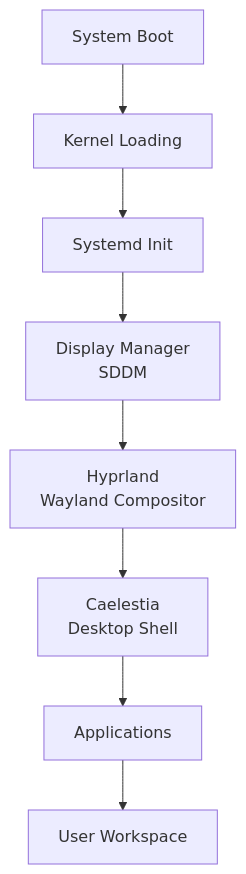
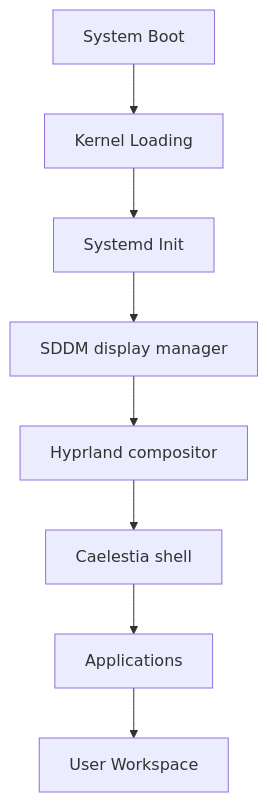
The second of 13 diagrams in Map of Content.md (444Nazky/My-Vault), drawn with Mermaid before and after one commit. The commit also changed other lines of this file and 8 other files, not shown here.

````diff
--- a/Map of Content.md
+++ b/Map of Content.md
@@ -67,10 +67,10 @@
 ```mermaid
 graph TD
     A[System Boot] --> B[Kernel Loading]
     B --> C[Systemd Init]
-    C --> D[Display Manager<br/>SDDM]
-    D --> E[Hyprland<br/>Wayland Compositor]
-    E --> F[Caelestia<br/>Desktop Shell]
+    C --> D["SDDM display manager"]
+    D --> E["Hyprland compositor"]
+    E --> F["Caelestia shell"]
     F --> G[Applications]
     G --> H[User Workspace]
 ```
````
